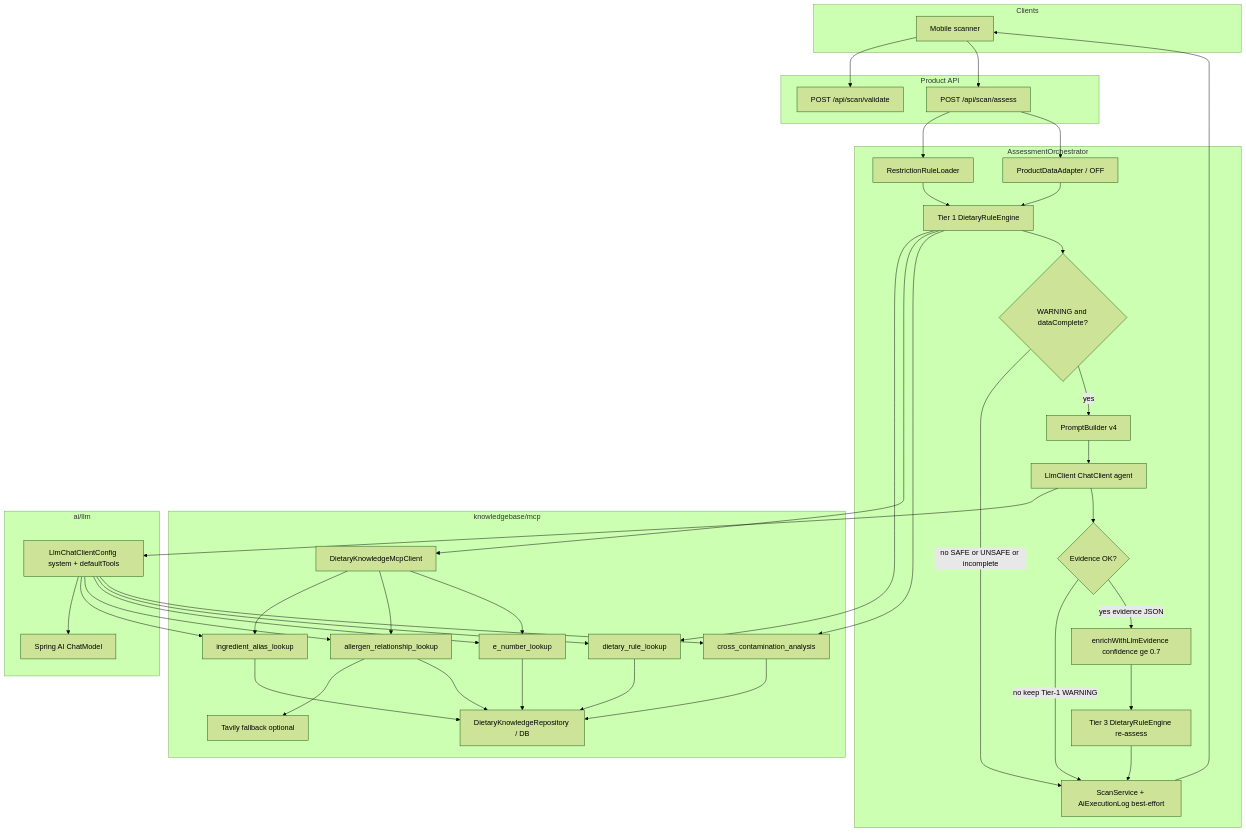
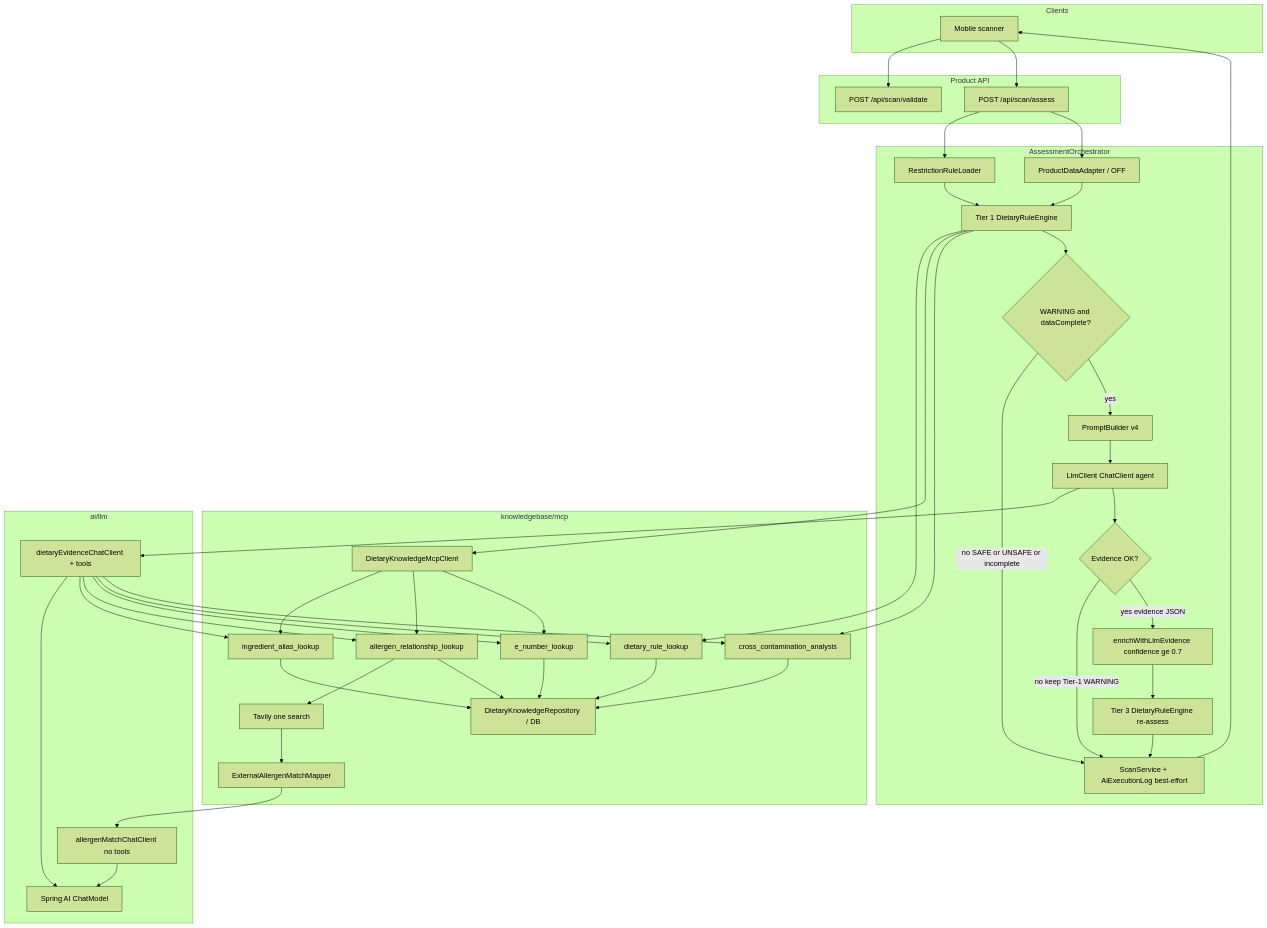
Before and after one commit to CanMakan-Team/CanMakan: the first of 4 diagrams in docs/architecture/mcp-agent-architecture.md, drawn with Mermaid (forest theme). The commit also changed other lines of this file and 12 other files, not shown here.

Commit message:
instead of calling tavily api per ingredient, do a batch query and send the result to ChatClient to parse into JSON

```diff
--- a/docs/architecture/mcp-agent-architecture.md
+++ b/docs/architecture/mcp-agent-architecture.md
@@ -61,11 +63,13 @@
     DietRule[dietary_rule_lookup]
     Cross[cross_contamination_analysis]
     Repo[DietaryKnowledgeRepository / DB]
-    Tavily[Tavily fallback optional]
+    Tavily[Tavily one search]
+    MapJson[ExternalAllergenMatchMapper]
   end
 
   subgraph ai [ai/llm]
-    ChatCfg[LlmChatClientConfig system + defaultTools]
+    ChatCfg[dietaryEvidenceChatClient + tools]
+    MatchClient[allergenMatchChatClient no tools]
     ChatModel[Spring AI ChatModel]
   end
 
@@ -82,6 +86,9 @@
   McpClient --> Hier
   McpClient --> ENum
   Hier --> Tavily
+  Tavily --> MapJson
+  MapJson --> MatchClient
+  MatchClient --> ChatModel
   Tier1 --> Cross
   Alias --> Repo
   Hier --> Repo
```
